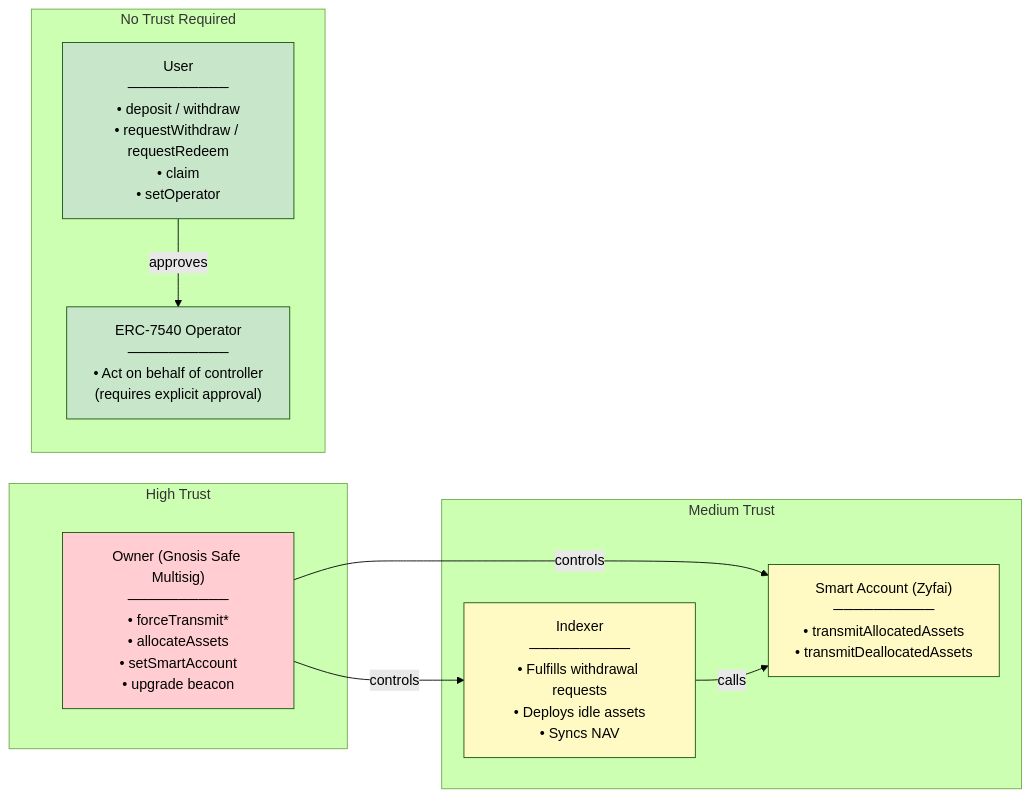
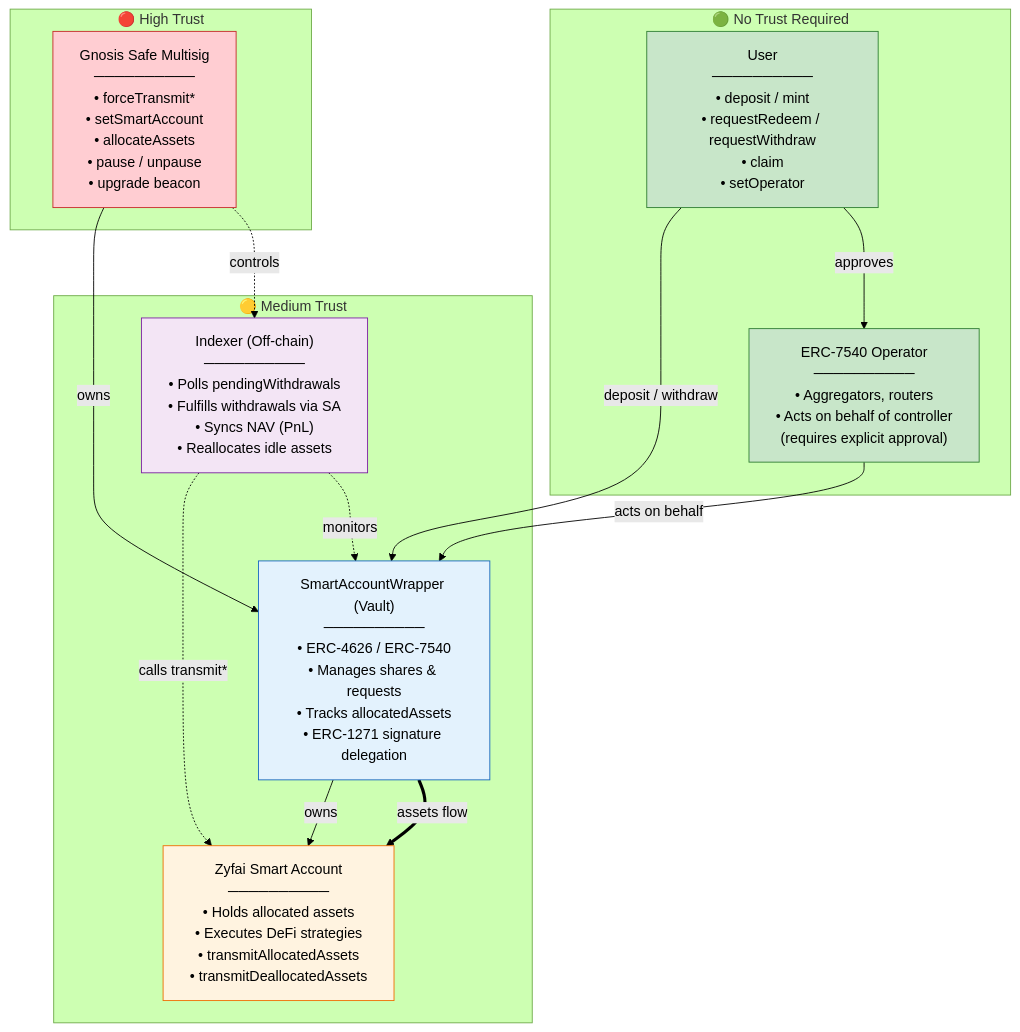
One commit to ondefy/erc7540-wrapper changed the second of 10 diagrams in ARCHITECTURE.md. Above: the diagram before and after it, drawn with Mermaid (forest theme).

Commit message:
fix: diagrams

````diff
--- a/ARCHITECTURE.md
+++ b/ARCHITECTURE.md
@@ -72,27 +72,44 @@
 ```mermaid
-graph LR
-    subgraph "High Trust"
-        OWNER["Owner (Gnosis Safe Multisig)<br/>──────────<br/>• forceTransmit*<br/>• allocateAssets<br/>• setSmartAccount<br/>• upgrade beacon"]
+graph TB
+    subgraph TRUST_HIGH ["🔴 High Trust"]
+        MULTISIG["Gnosis Safe Multisig<br/>──────────<br/>• forceTransmit*<br/>• setSmartAccount<br/>• allocateAssets<br/>• pause / unpause<br/>• upgrade beacon"]
     end
 
-    subgraph "Medium Trust"
-        SA_ROLE["Smart Account (Zyfai)<br/>──────────<br/>• transmitAllocatedAssets<br/>• transmitDeallocatedAssets"]
-        INDEXER["Indexer<br/>──────────<br/>• Fulfills withdrawal requests<br/>• Deploys idle assets<br/>• Syncs NAV"]
+    subgraph TRUST_MED ["🟡 Medium Trust"]
+        VAULT["SmartAccountWrapper (Vault)<br/>──────────<br/>• ERC-4626 / ERC-7540<br/>• Manages shares & requests<br/>• Tracks allocatedAssets<br/>• ERC-1271 signature delegation"]
+        
+        SMART_ACCOUNT["Zyfai Smart Account<br/>──────────<br/>• Holds allocated assets<br/>• Executes DeFi strategies<br/>• transmitAllocatedAssets<br/>• transmitDeallocatedAssets"]
+        
+        INDEXER["Indexer (Off-chain)<br/>──────────<br/>• Polls pendingWithdrawals<br/>• Fulfills withdrawals via SA<br/>• Syncs NAV (PnL)<br/>• Reallocates idle assets"]
     end
 
-    subgraph "No Trust Required"
-        USER["User<br/>──────────<br/>• deposit / withdraw<br/>• requestWithdraw / requestRedeem<br/>• claim<br/>• setOperator"]
-        OPERATOR["ERC-7540 Operator<br/>──────────<br/>• Act on behalf of controller<br/>(requires explicit approval)"]
+    subgraph TRUST_LOW ["🟢 No Trust Required"]
+        USER["User<br/>──────────<br/>• deposit / mint<br/>• requestRedeem / requestWithdraw<br/>• claim<br/>• setOperator"]
+        
+        OPERATOR["ERC-7540 Operator<br/>──────────<br/>• Aggregators, routers<br/>• Acts on behalf of controller<br/>(requires explicit approval)"]
     end
 
-    OWNER -->|controls| SA_ROLE
-    OWNER -->|controls| INDEXER
-    INDEXER -->|calls| SA_ROLE
-    USER -->|approves| OPERATOR
+    %% Ownership chain
+    MULTISIG -->|"owns"| VAULT
+    VAULT -->|"owns"| SMART_ACCOUNT
+    
+    %% Indexer interactions
+    MULTISIG -.->|"controls"| INDEXER
+    INDEXER -.->|"calls transmit*"| SMART_ACCOUNT
+    INDEXER -.->|"monitors"| VAULT
+    
+    %% User interactions
+    USER -->|"deposit / withdraw"| VAULT
+    USER -->|"approves"| OPERATOR
+    OPERATOR -->|"acts on behalf"| VAULT
+    
+    %% Asset flow
+    VAULT ==>|"assets flow"| SMART_ACCOUNT
 
-    style OWNER fill:#ffcdd2
-    style SA_ROLE fill:#fff9c4
-    style INDEXER fill:#fff9c4
-    style USER fill:#c8e6c9
-    style OPERATOR fill:#c8e6c9
+    style MULTISIG fill:#ffcdd2,stroke:#c62828
+    style VAULT fill:#e3f2fd,stroke:#1565c0
+    style SMART_ACCOUNT fill:#fff3e0,stroke:#ef6c00
+    style INDEXER fill:#f3e5f5,stroke:#7b1fa2
+    style USER fill:#c8e6c9,stroke:#2e7d32
+    style OPERATOR fill:#c8e6c9,stroke:#2e7d32
 ```
````
